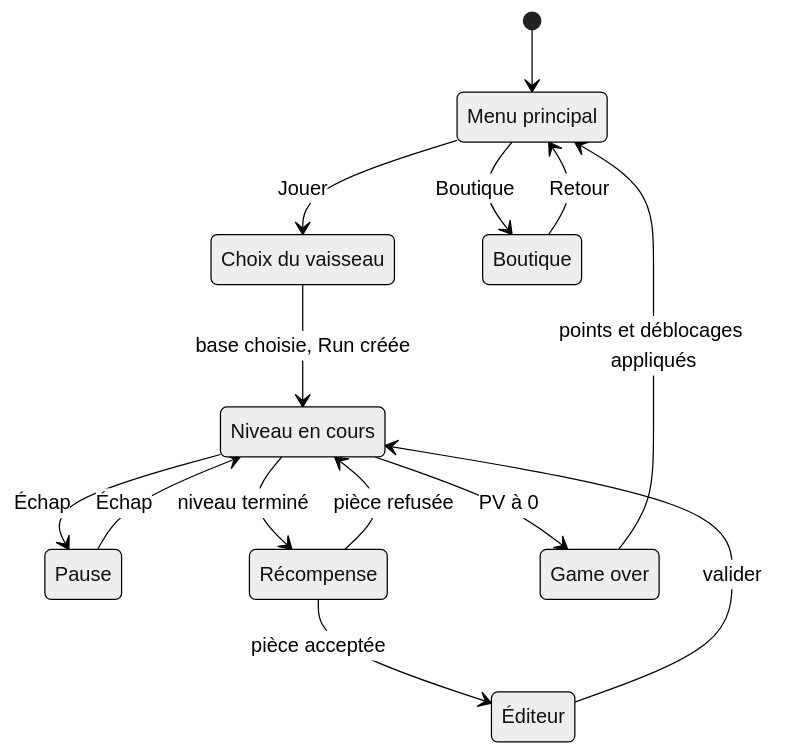
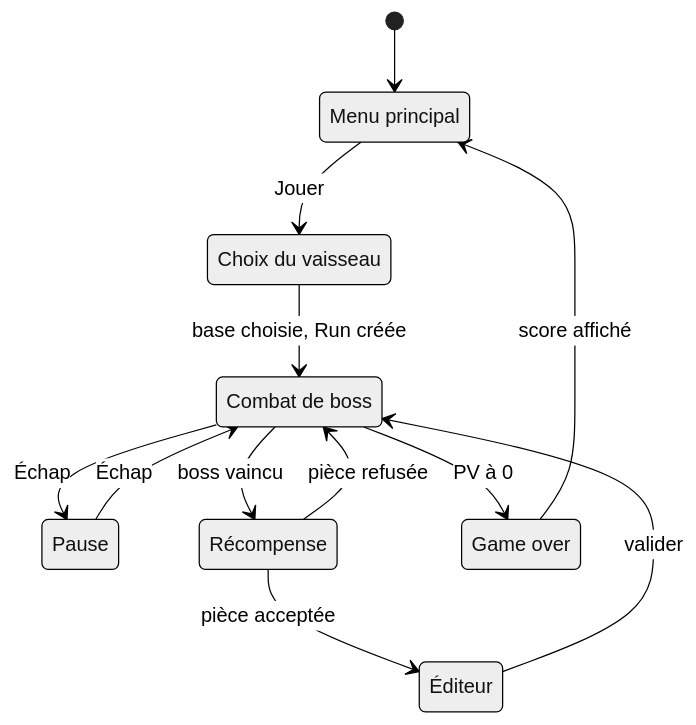
One commit to Bisiaux-dev/public-vault changed the tenth of 11 diagrams in content/2D-Game/ideas/pierre/Bullet hell roguelike - UML.md. Above: the diagram before and after it, drawn with Mermaid (neutral theme). The commit also changed other lines of this file and 31 other files, not shown here.

````diff
--- a/content/2D-Game/ideas/pierre/Bullet hell roguelike - UML.md
+++ b/content/2D-Game/ideas/pierre/Bullet hell roguelike - UML.md
@@ -763,25 +595,22 @@
 ```mermaid
 stateDiagram-v2
     state "Menu principal" as Menu
     state "Choix du vaisseau" as Select
-    state "Niveau en cours" as Playing
+    state "Combat de boss" as Playing
     state "Pause" as Pause
     state "Récompense" as Reward
     state "Éditeur" as Editor
     state "Game over" as Over
-    state "Boutique" as Shop
 
     [*] --> Menu
     Menu --> Select : Jouer
-    Menu --> Shop : Boutique
-    Shop --> Menu : Retour
     Select --> Playing : base choisie, Run créée
     Playing --> Pause : Échap
     Pause --> Playing : Échap
-    Playing --> Reward : niveau terminé
+    Playing --> Reward : boss vaincu
     Playing --> Over : PV à 0
     Reward --> Editor : pièce acceptée
     Reward --> Playing : pièce refusée
     Editor --> Playing : valider
-    Over --> Menu : points et déblocages appliqués
+    Over --> Menu : score affiché
 ```
````
